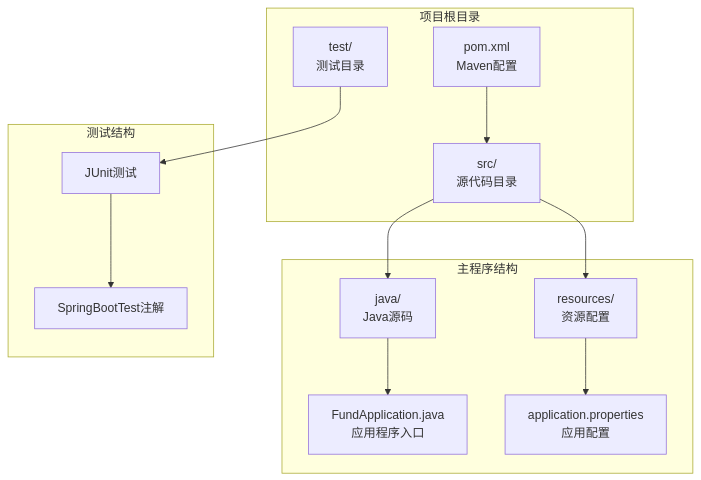
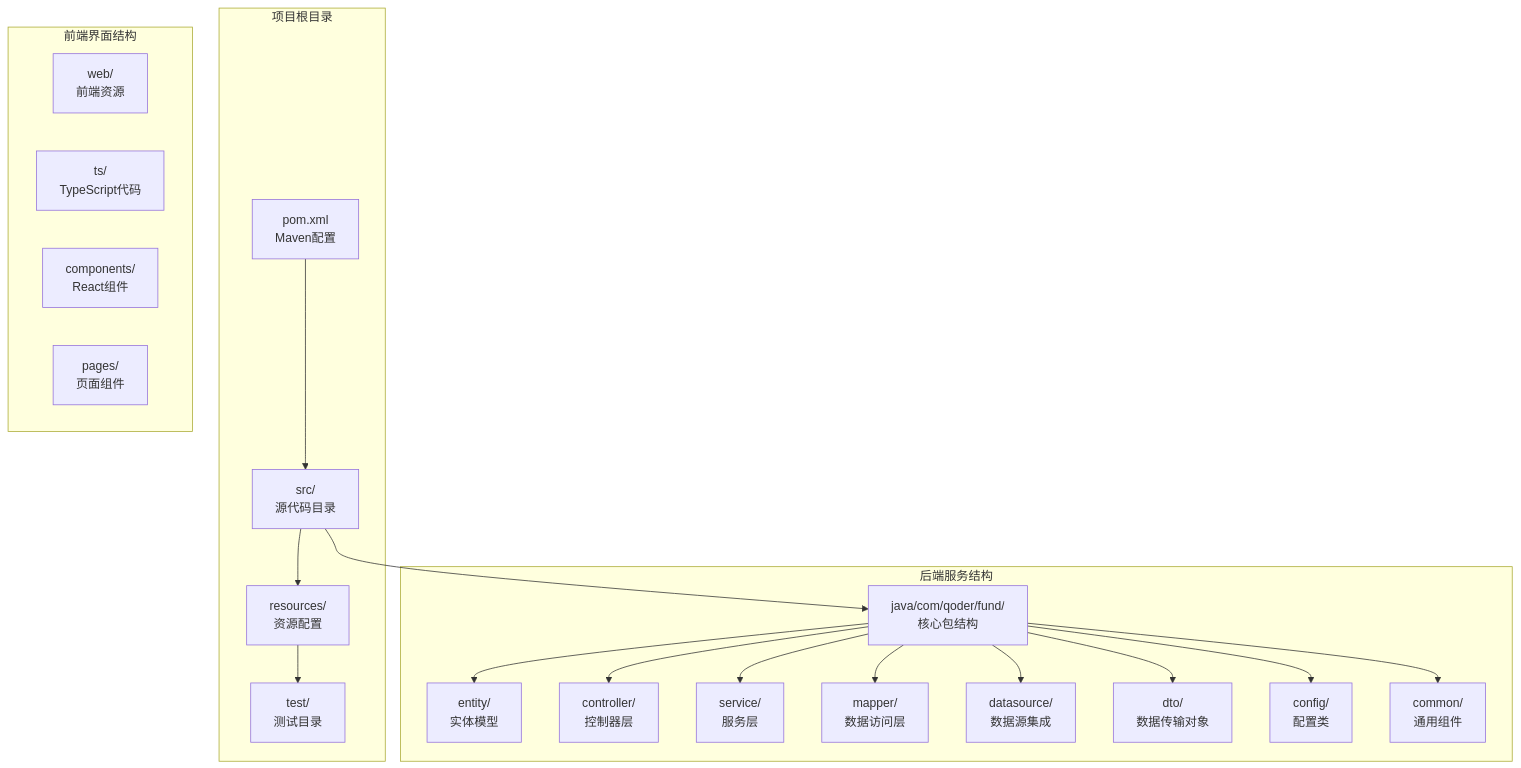
The first of 11 diagrams in .qoder/repowiki/zh/content/核心功能开发/核心功能开发.md (gree-coder/fund-butler), drawn with Mermaid before and after one commit. The commit also changed other lines of this file and 10 other files, not shown here.

````diff
--- a/.qoder/repowiki/zh/content/核心功能开发/核心功能开发.md
+++ b/.qoder/repowiki/zh/content/核心功能开发/核心功能开发.md
@@ -30,25 +61,38 @@
 ```mermaid
 graph TB
 subgraph "项目根目录"
 POM[pom.xml<br/>Maven配置]
 SRC[src/<br/>源代码目录]
+RES[resources/<br/>资源配置]
 TEST[test/<br/>测试目录]
 end
-subgraph "主程序结构"
-JAVA[java/<br/>Java源码]
-RES[resources/<br/>资源配置]
-APP[FundApplication.java<br/>应用程序入口]
-PROP[application.properties<br/>应用配置]
+subgraph "后端服务结构"
+JAVA[java/com/qoder/fund/<br/>核心包结构]
+ENTITY[entity/<br/>实体模型]
+CONTROLLER[controller/<br/>控制器层]
+SERVICE[service/<br/>服务层]
+MAPPER[mapper/<br/>数据访问层]
+DATASOURCE[datasource/<br/>数据源集成]
+DTO[dto/<br/>数据传输对象]
+CONFIG[config/<br/>配置类]
+COMMON[common/<br/>通用组件]
 end
-subgraph "测试结构"
-JUNIT[JUnit测试]
-BOOT[SpringBootTest注解]
+subgraph "前端界面结构"
+WEB[web/<br/>前端资源]
+TS[ts/<br/>TypeScript代码]
+COMPONENTS[components/<br/>React组件]
+PAGES[pages/<br/>页面组件]
 end
 POM --> SRC
 SRC --> JAVA
 SRC --> RES
-JAVA --> APP
-RES --> PROP
-TEST --> JUNIT
-JUNIT --> BOOT
+JAVA --> ENTITY
+JAVA --> CONTROLLER
+JAVA --> SERVICE
+JAVA --> MAPPER
+JAVA --> DATASOURCE
+JAVA --> DTO
+JAVA --> CONFIG
+JAVA --> COMMON
+RES --> TEST
 ```
````
